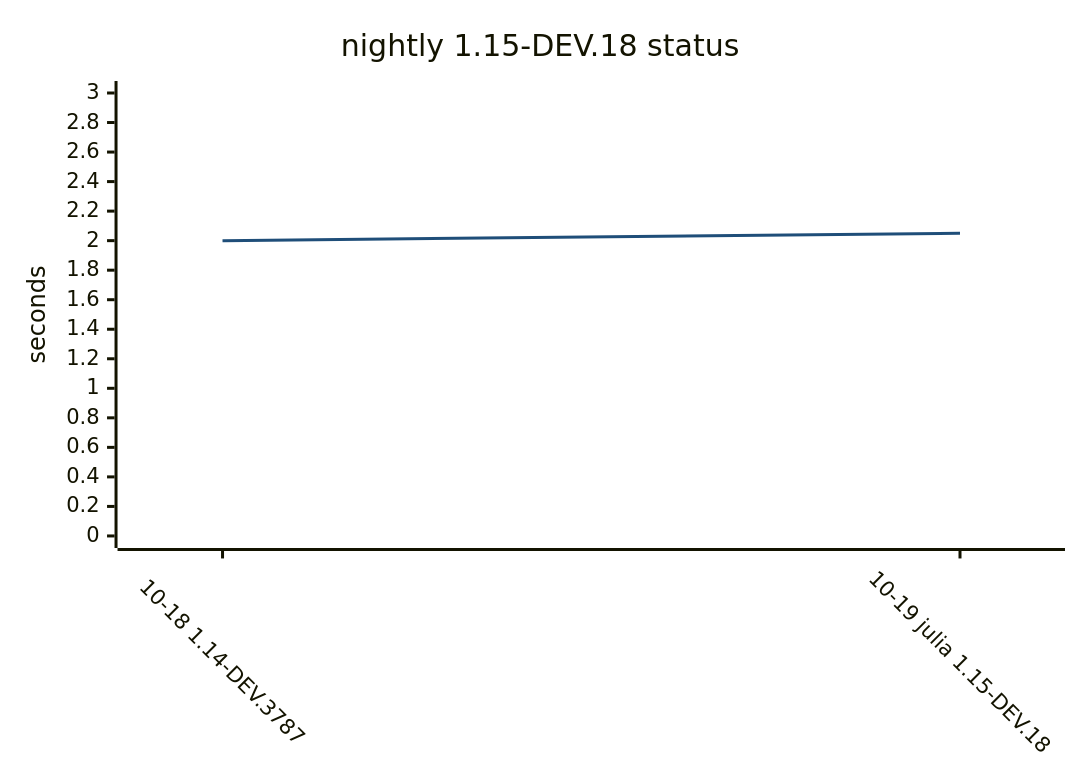
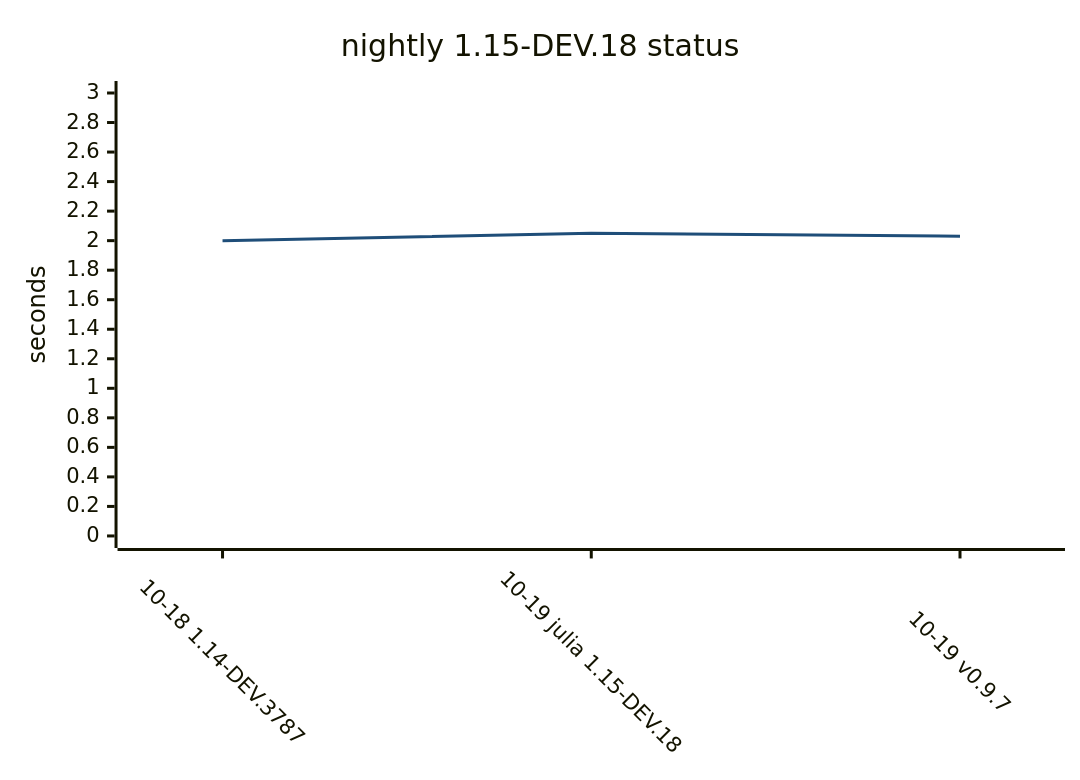
Diagram 12 of 15 in README.md (yamanori99/DistSSHQueue.jl), drawn with Mermaid before and after one commit. The commit also changed other lines of this file and 1 other file, not shown here.

````diff
--- a/README.md
+++ b/README.md
@@ -415,17 +413,17 @@
 ```mermaid
 ---
 config:
   theme: base
   themeVariables:
     xyChart:
       plotColorPalette: "#1f4e79"
   xyChart:
     xAxis:
       labelRotation: 45
 ---
 xychart-beta
     title "nightly 1.15-DEV.18 status"
-    x-axis ["10-18 1.14-DEV.3787", "10-19 julia 1.15-DEV.18"]
+    x-axis ["10-18 1.14-DEV.3787", "10-19 julia 1.15-DEV.18", "10-19 v0.9.7"]
     y-axis "seconds" 0 --> 3
-    line [2.0, 2.05]
+    line [2.0, 2.05, 2.03]
 ```
````
